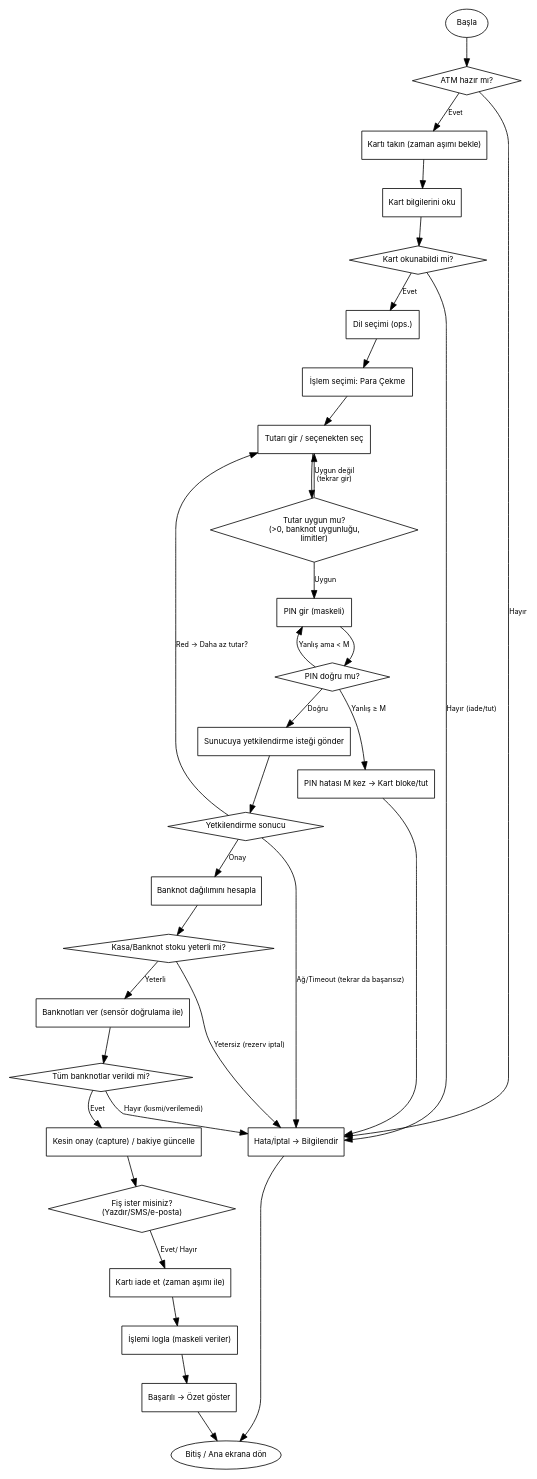
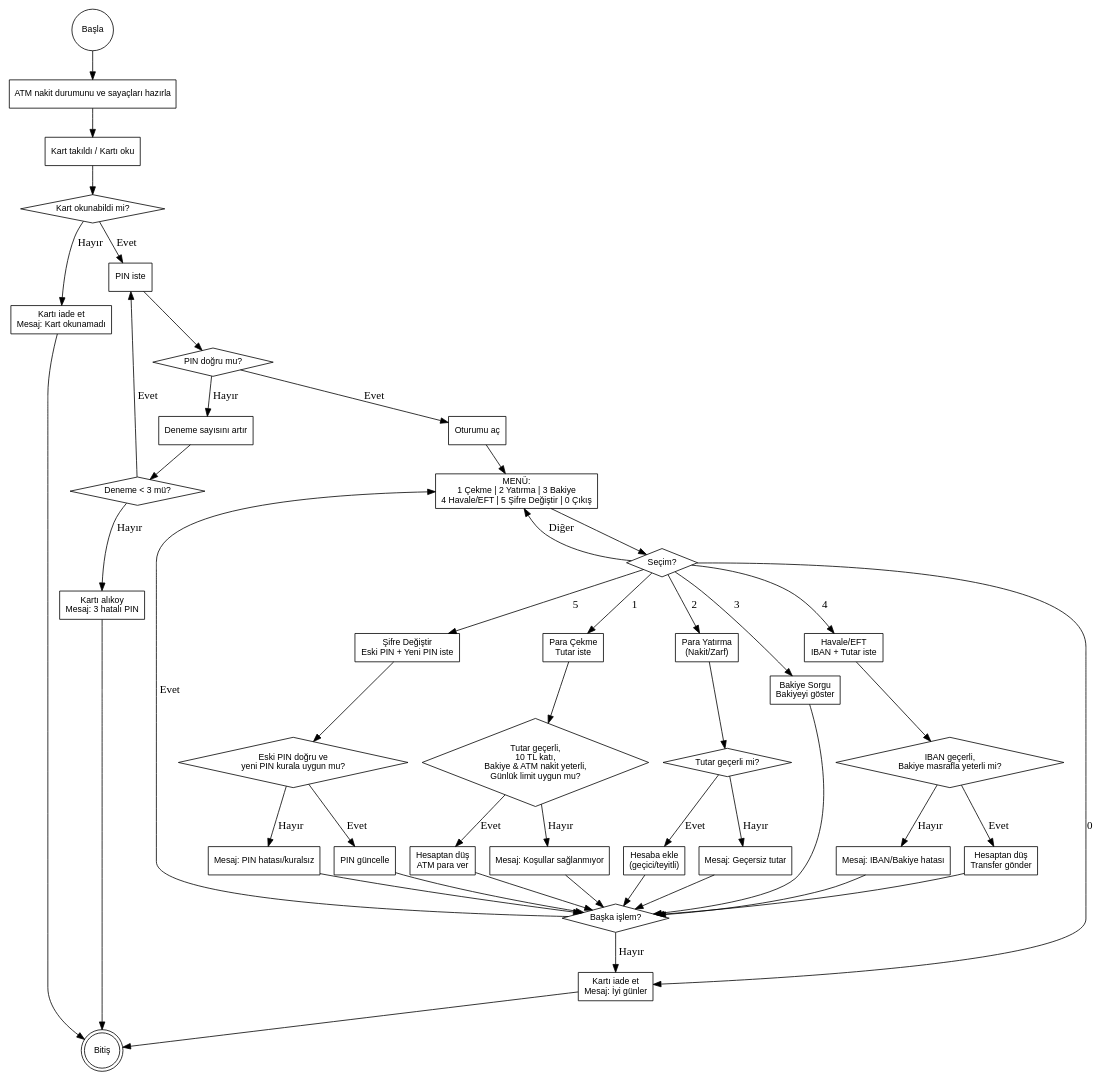
Before and after one commit to FiratUniversity-FerhatUcarsLAB/hafta-02-flowcharts-CumaDogangithub: the diagram in TASK-1/flowchart.dot, drawn with Graphviz.

```diff
--- a/TASK-1/flowchart.dot
+++ b/TASK-1/flowchart.dot
@@ -1,74 +1,108 @@
-digraph ATM_Withdrawal {
+digraph ATM {
   rankdir=TB;
-  node [fontname="Inter,Arial", fontsize=10, shape=box];
-  edge [fontname="Inter,Arial", fontsize=9];
+  node [shape=box, fontname="Arial", fontsize=11];
 
-  start    [label="Başla", shape=ellipse];
-  ready    [label="ATM hazır mı?", shape=diamond];
-  insert   [label="Kartı takın (zaman aşımı bekle)"];
-  readcard [label="Kart bilgilerini oku"];
-  readok   [label="Kart okunabildi mi?", shape=diamond];
-  lang     [label="Dil seçimi (ops.)"];
-  op       [label="İşlem seçimi: Para Çekme"];
-  amount   [label="Tutarı gir / seçenekten seç"];
-  amtchk   [label="Tutar uygun mu?\n(>0, banknot uygunluğu,\nlimitler)", shape=diamond];
-  pin      [label="PIN gir (maskeli)"];
-  pintry   [label="PIN doğru mu?", shape=diamond];
-  blocked  [label="PIN hatası M kez → Kart bloke/tut", shape=box];
-  auth     [label="Sunucuya yetkilendirme isteği gönder"];
-  authok   [label="Yetkilendirme sonucu", shape=diamond];
-  cashok   [label="Kasa/Banknot stoku yeterli mi?", shape=diamond];
-  mix      [label="Banknot dağılımını hesapla"];
-  dispense [label="Banknotları ver (sensör doğrulama ile)"];
-  dispok   [label="Tüm banknotlar verildi mi?", shape=diamond];
-  capture  [label="Kesin onay (capture) / bakiye güncelle"];
-  receipt  [label="Fiş ister misiniz?\n(Yazdır/SMS/e-posta)", shape=diamond];
-  cardret  [label="Kartı iade et (zaman aşımı ile)"];
-  log      [label="İşlemi logla (maskeli veriler)"];
-  success  [label="Başarılı → Özet göster", shape=box];
-  fail     [label="Hata/İptal → Bilgilendir", shape=box];
-  end      [label="Bitiş / Ana ekrana dön", shape=ellipse];
+  start   [shape=circle, label="Başla"];
+  init    [label="ATM nakit durumunu ve sayaçları hazırla"];
+  insert  [label="Kart takıldı / Kartı oku"];
+  cardOk  [shape=diamond, label="Kart okunabildi mi?"];
+  reject  [label="Kartı iade et\nMesaj: Kart okunamadı"];
+  end     [shape=doublecircle, label="Bitiş"];
 
-  // Akış
-  start -> ready;
-  ready -> insert [label="Evet"];
-  ready -> fail   [label="Hayır"];
-  insert -> readcard;
-  readcard -> readok;
-  readok -> lang [label="Evet"];
-  readok -> fail [label="Hayır (iade/tut)"];
+  pin     [label="PIN iste"];
+  pinOk   [shape=diamond, label="PIN doğru mu?"];
+  incTry  [label="Deneme sayısını artır"];
+  tryLeft [shape=diamond, label="Deneme < 3 mü?"];
+  keep    [label="Kartı alıkoy\nMesaj: 3 hatalı PIN"];
+  session [label="Oturumu aç"];
 
-  lang -> op;
-  op -> amount;
-  amount -> amtchk;
-  amtchk -> pin [label="Uygun"];
-  amtchk -> amount [label="Uygun değil\n(tekrar gir)"];
+  menu    [label="MENÜ:\n1 Çekme | 2 Yatırma | 3 Bakiye\n4 Havale/EFT | 5 Şifre Değiştir | 0 Çıkış"];
+  choice  [shape=diamond, label="Seçim?"];
 
-  pin -> pintry;
-  pintry -> auth [label="Doğru"];
-  pintry -> pin  [label="Yanlış ama < M"];
-  pintry -> blocked [label="Yanlış ≥ M"];
-  blocked -> fail;
+  /* İşlemler */
+  wd      [label="Para Çekme\nTutar iste"];
+  wdOk    [shape=diamond, label="Tutar geçerli,\n10 TL katı,\nBakiye & ATM nakit yeterli,\nGünlük limit uygun mu?"];
+  wdFail  [label="Mesaj: Koşullar sağlanmıyor"];
+  wdDo    [label="Hesaptan düş\nATM para ver"];
+  
+  dep     [label="Para Yatırma\n(Nakit/Zarf)"];
+  depOk   [shape=diamond, label="Tutar geçerli mi?"];
+  depFail [label="Mesaj: Geçersiz tutar"];
+  depDo   [label="Hesaba ekle\n(geçici/teyitli)"];
 
-  auth -> authok;
-  authok -> mix   [label="Onay"];
-  authok -> amount[label="Red → Daha az tutar?"];
-  authok -> fail  [label="Ağ/Timeout (tekrar da başarısız)"];
+  bal     [label="Bakiye Sorgu\nBakiyeyi göster"];
 
-  mix -> cashok;
-  cashok -> dispense [label="Yeterli"];
-  cashok -> fail     [label="Yetersiz (rezerv iptal)"];
+  tr      [label="Havale/EFT\nIBAN + Tutar iste"];
+  trOk    [shape=diamond, label="IBAN geçerli,\nBakiye masrafla yeterli mi?"];
+  trFail  [label="Mesaj: IBAN/Bakiye hatası"];
+  trDo    [label="Hesaptan düş\nTransfer gönder"];
 
-  dispense -> dispok;
-  dispok -> capture [label="Evet"];
-  dispok -> fail    [label="Hayır (kısmi/verilemedi)"];
+  pinchg  [label="Şifre Değiştir\nEski PIN + Yeni PIN iste"];
+  pcOk    [shape=diamond, label="Eski PIN doğru ve\nyeni PIN kurala uygun mu?"];
+  pcFail  [label="Mesaj: PIN hatası/kuralsız"];
+  pcDo    [label="PIN güncelle"];
 
-  capture -> receipt;
-  receipt -> cardret [label="Evet/ Hayır"];
-  cardret -> log;
-  log -> success;
-  success -> end;
+  exitReq [label="Kartı iade et\nMesaj: İyi günler"];
+  againQ  [shape=diamond, label="Başka işlem?"];
+  
+  /* Akış */
+  start -> init -> insert -> cardOk;
+  cardOk -> reject [label="Hayır"];
+  reject -> end;
+  cardOk -> pin [label="Evet"];
 
-  // Hata durumları ortak bitiş
-  fail -> end;
+  pin -> pinOk;
+  pinOk -> session [label="Evet"];
+  pinOk -> incTry  [label="Hayır"];
+  incTry -> tryLeft;
+  tryLeft -> pin   [label="Evet"];
+  tryLeft -> keep  [label="Hayır"];
+  keep -> end;
+
+  session -> menu -> choice;
+
+  /* Seçimler */
+  choice -> wd     [label="1"];
+  choice -> dep    [label="2"];
+  choice -> bal    [label="3"];
+  choice -> tr     [label="4"];
+  choice -> pinchg [label="5"];
+  choice -> exitReq[label="0"];
+  choice -> menu   [label="Diğer"];
+
+  /* Para Çekme */
+  wd -> wdOk;
+  wdOk -> wdDo   [label="Evet"];
+  wdOk -> wdFail [label="Hayır"];
+  wdFail -> againQ;
+  wdDo -> againQ;
+
+  /* Para Yatırma */
+  dep -> depOk;
+  depOk -> depDo   [label="Evet"];
+  depOk -> depFail [label="Hayır"];
+  depFail -> againQ;
+  depDo -> againQ;
+
+  /* Bakiye */
+  bal -> againQ;
+
+  /* Transfer */
+  tr -> trOk;
+  trOk -> trDo   [label="Evet"];
+  trOk -> trFail [label="Hayır"];
+  trFail -> againQ;
+  trDo -> againQ;
+
+  /* PIN Değiştir */
+  pinchg -> pcOk;
+  pcOk -> pcDo   [label="Evet"];
+  pcOk -> pcFail [label="Hayır"];
+  pcFail -> againQ;
+  pcDo -> againQ;
+
+  /* Döngü & Çıkış */
+  againQ -> menu   [label="Evet"];
+  againQ -> exitReq[label="Hayır"];
+  exitReq -> end;
 }
```
